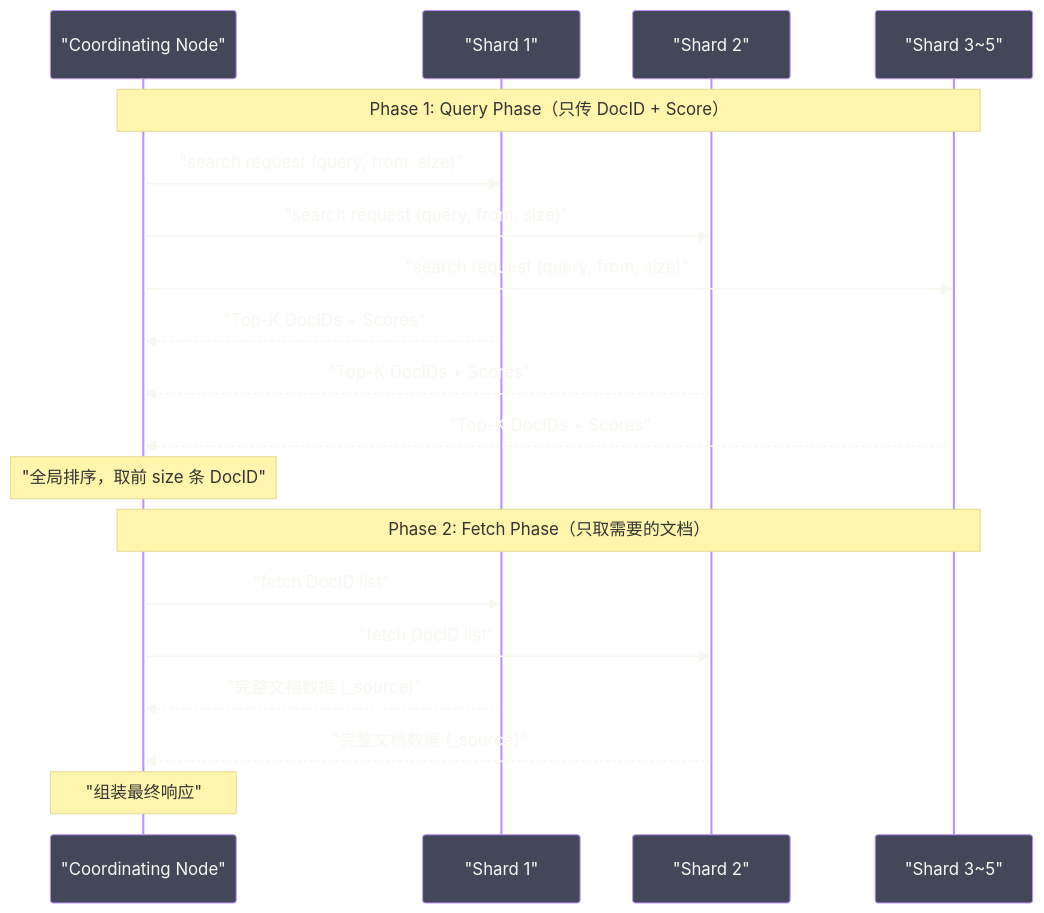
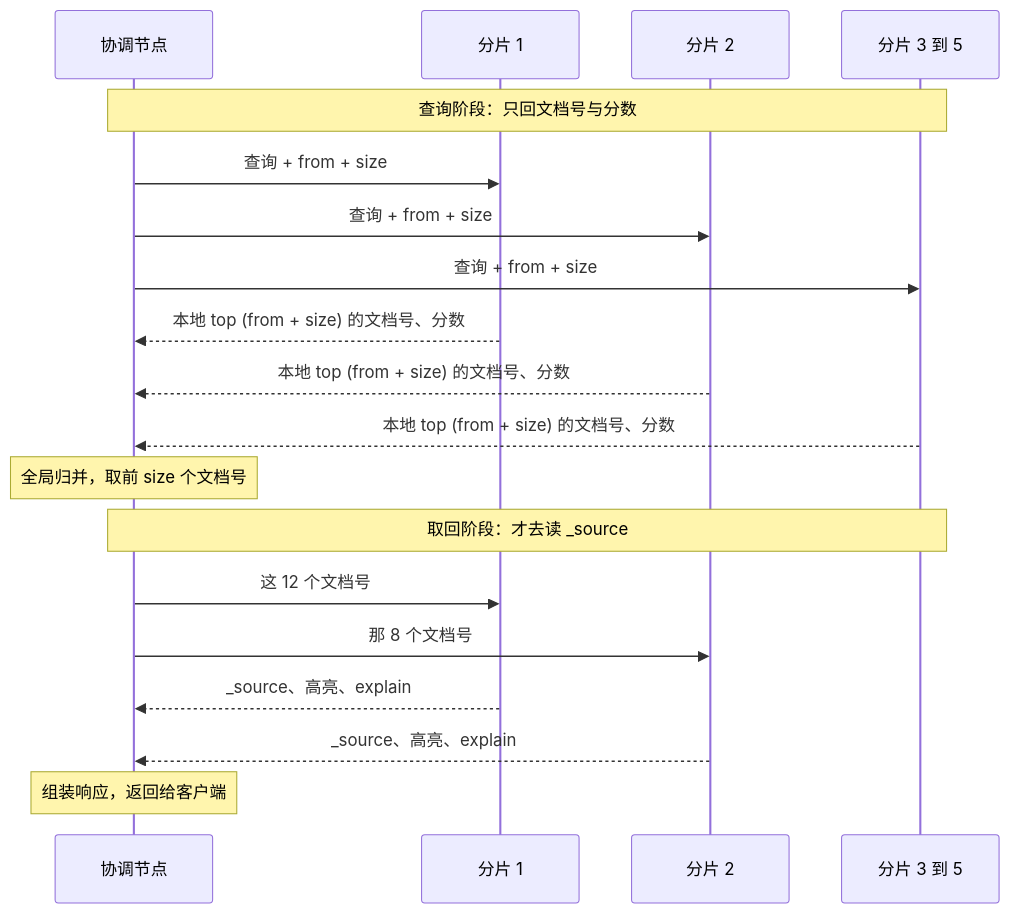
Before and after one commit to hpliStartAgain/my-brain: the second of 5 diagrams in content/中间件/Elasticsearch/04 查询与相关性评分——BM25 与向量检索.md, drawn with Mermaid. The commit also changed other lines of this file and 455 other files, not shown here.

````diff
--- a/content/中间件/Elasticsearch/04 查询与相关性评分——BM25 与向量检索.md
+++ b/content/中间件/Elasticsearch/04 查询与相关性评分——BM25 与向量检索.md
@@ -31,24 +105,24 @@
 ```mermaid
-%%{init: {'theme': 'base', 'themeVariables': {'primaryColor': '#6272a4', 'primaryTextColor': '#f8f8f2', 'primaryBorderColor': '#bd93f9', 'lineColor': '#ff79c6', 'secondaryColor': '#44475a', 'tertiaryColor': '#282a36', 'background': '#282a36', 'mainBkg': '#44475a'}}}%%
+%%{init: {'theme': 'dracula'}}%%
 sequenceDiagram
-    participant C as "Coordinating Node"
-    participant S1 as "Shard 1"
-    participant S2 as "Shard 2"
-    participant S3 as "Shard 3~5"
+    participant C as 协调节点
+    participant S1 as 分片 1
+    participant S2 as 分片 2
+    participant S5 as 分片 3 到 5
 
-    Note over C,S3: Phase 1: Query Phase（只传 DocID + Score）
-    C->>S1: "search request (query, from, size)"
-    C->>S2: "search request (query, from, size)"
-    C->>S3: "search request (query, from, size)"
-    S1-->>C: "Top-K DocIDs + Scores"
-    S2-->>C: "Top-K DocIDs + Scores"
-    S3-->>C: "Top-K DocIDs + Scores"
-    Note over C: "全局排序，取前 size 条 DocID"
+    Note over C,S5: 查询阶段：只回文档号与分数
+    C->>S1: 查询 + from + size
+    C->>S2: 查询 + from + size
+    C->>S5: 查询 + from + size
+    S1-->>C: 本地 top (from + size) 的文档号、分数
+    S2-->>C: 本地 top (from + size) 的文档号、分数
+    S5-->>C: 本地 top (from + size) 的文档号、分数
+    Note over C: 全局归并，取前 size 个文档号
 
-    Note over C,S3: Phase 2: Fetch Phase（只取需要的文档）
-    C->>S1: "fetch DocID list"
-    C->>S2: "fetch DocID list"
-    S1-->>C: "完整文档数据 (_source)"
-    S2-->>C: "完整文档数据 (_source)"
-    Note over C: "组装最终响应"
+    Note over C,S5: 取回阶段：才去读 _source
+    C->>S1: 这 12 个文档号
+    C->>S2: 那 8 个文档号
+    S1-->>C: _source、高亮、explain
+    S2-->>C: _source、高亮、explain
+    Note over C: 组装响应，返回给客户端
 ```
````
